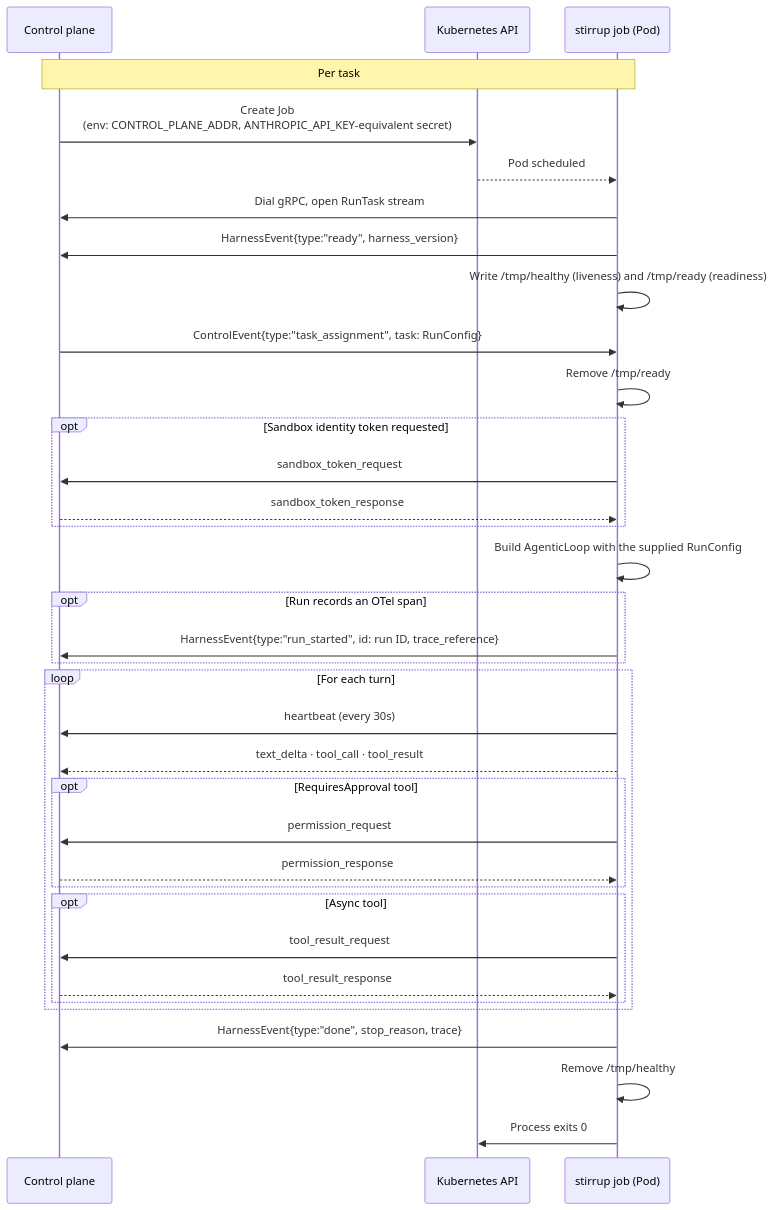
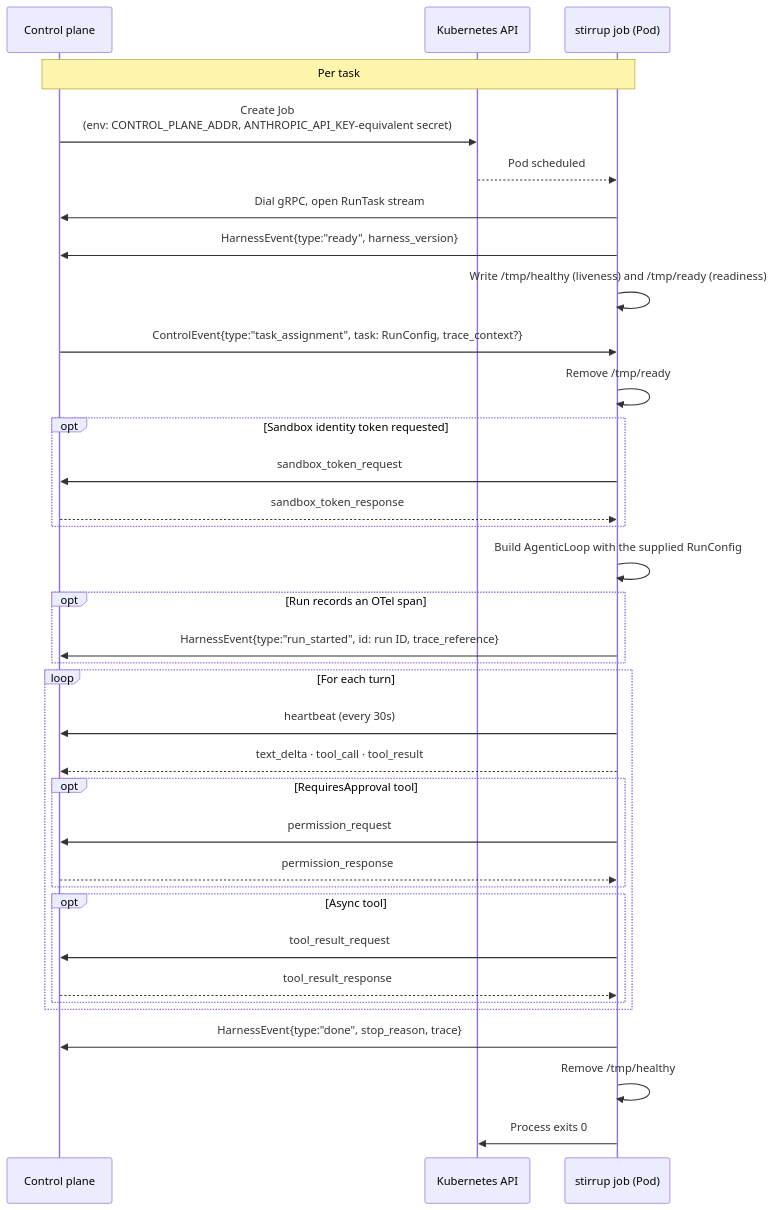
The diagram in docs/deployment.md (rxbynerd/stirrup), drawn with Mermaid before and after one commit. The commit also changed other lines of this file and 3 other files, not shown here.

````diff
--- a/docs/deployment.md
+++ b/docs/deployment.md
@@ -11,37 +11,37 @@
 ```mermaid
 sequenceDiagram
     participant CP as Control plane
     participant K as Kubernetes API
     participant H as stirrup job (Pod)
     Note over CP,H: Per task
     CP->>K: Create Job<br/>(env: CONTROL_PLANE_ADDR, ANTHROPIC_API_KEY-equivalent secret)
     K-->>H: Pod scheduled
     H->>CP: Dial gRPC, open RunTask stream
     H->>CP: HarnessEvent{type:"ready", harness_version}
     H->>H: Write /tmp/healthy (liveness) and /tmp/ready (readiness)
-    CP->>H: ControlEvent{type:"task_assignment", task: RunConfig}
+    CP->>H: ControlEvent{type:"task_assignment", task: RunConfig, trace_context?}
     H->>H: Remove /tmp/ready
     opt Sandbox identity token requested
         H->>CP: sandbox_token_request
         CP-->>H: sandbox_token_response
     end
     H->>H: Build AgenticLoop with the supplied RunConfig
     opt Run records an OTel span
         H->>CP: HarnessEvent{type:"run_started", id: run ID, trace_reference}
     end
     loop For each turn
         H->>CP: heartbeat (every 30s)
         H-->>CP: text_delta · tool_call · tool_result
         opt RequiresApproval tool
             H->>CP: permission_request
             CP-->>H: permission_response
         end
         opt Async tool
             H->>CP: tool_result_request
             CP-->>H: tool_result_response
         end
     end
     H->>CP: HarnessEvent{type:"done", stop_reason, trace}
     H->>H: Remove /tmp/healthy
     H->>K: Process exits 0
 ```
````
